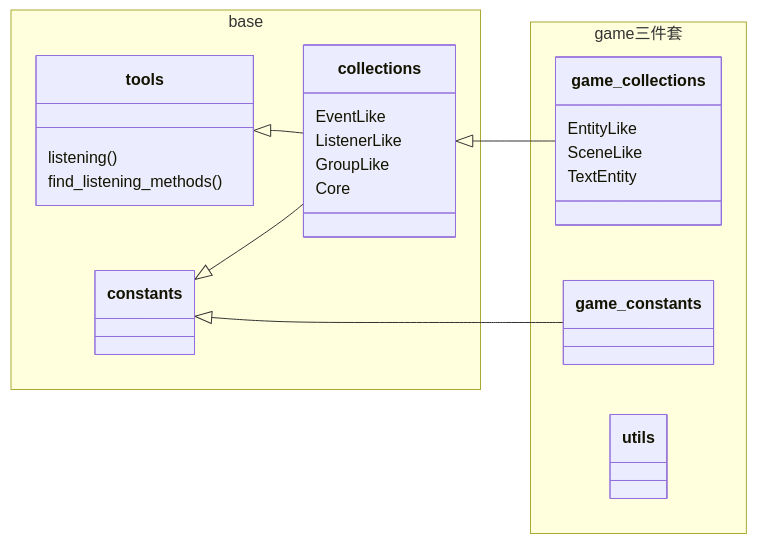
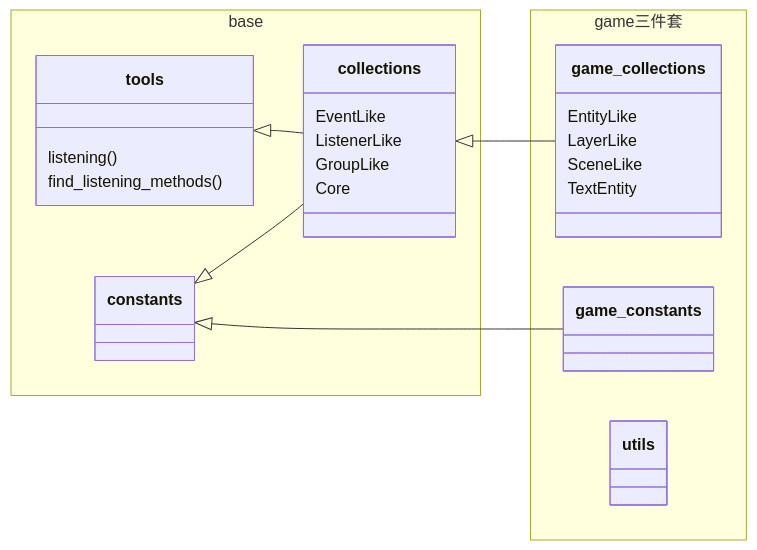
One commit to teafrogsf/SI100B_DIE_Fall_2024_Repo changed the first of 4 diagrams in baseline/README.md. Above: the diagram before and after it, drawn with Mermaid. The commit also changed other lines of this file and 14 other files, not shown here.

````diff
--- a/baseline/README.md
+++ b/baseline/README.md
@@ -79,34 +96,35 @@
 ```mermaid
 classDiagram
 direction LR
 namespace base {
 	class tools{
 		listening()
 		find_listening_methods()
 	}
 	class constants
 	class collections{
 		EventLike
 		ListenerLike
 		GroupLike
 		Core
 	}
 }
 
 constants <|-- collections
 tools <|-- collections
 
 
 namespace game三件套 {
 class game_collections{
 	EntityLike
+	LayerLike
 	SceneLike
 	TextEntity
 }
 class game_constants
 class utils
 }
 
 constants <|-- game_constants
 collections <|-- game_collections
 ```
````
